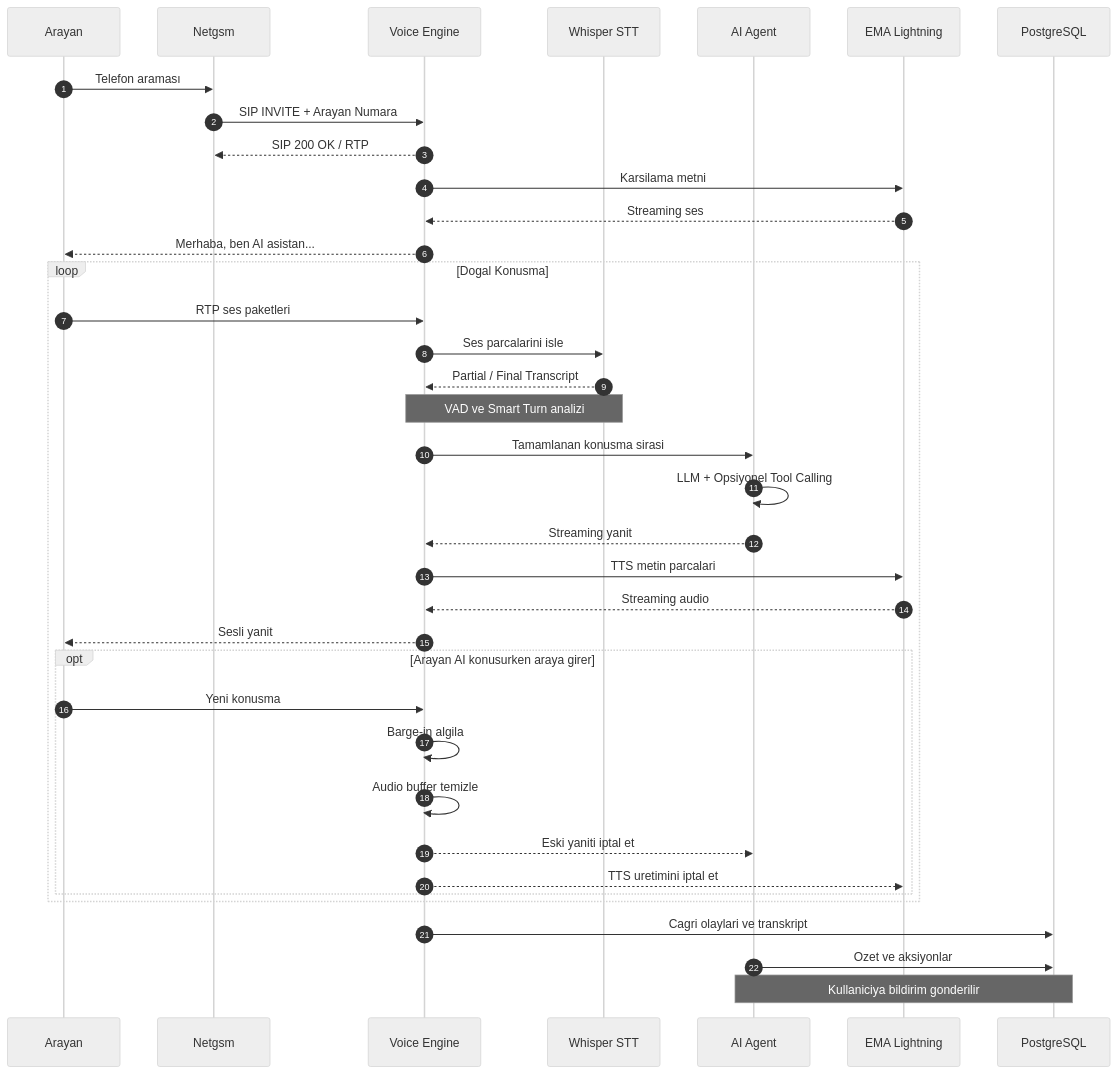
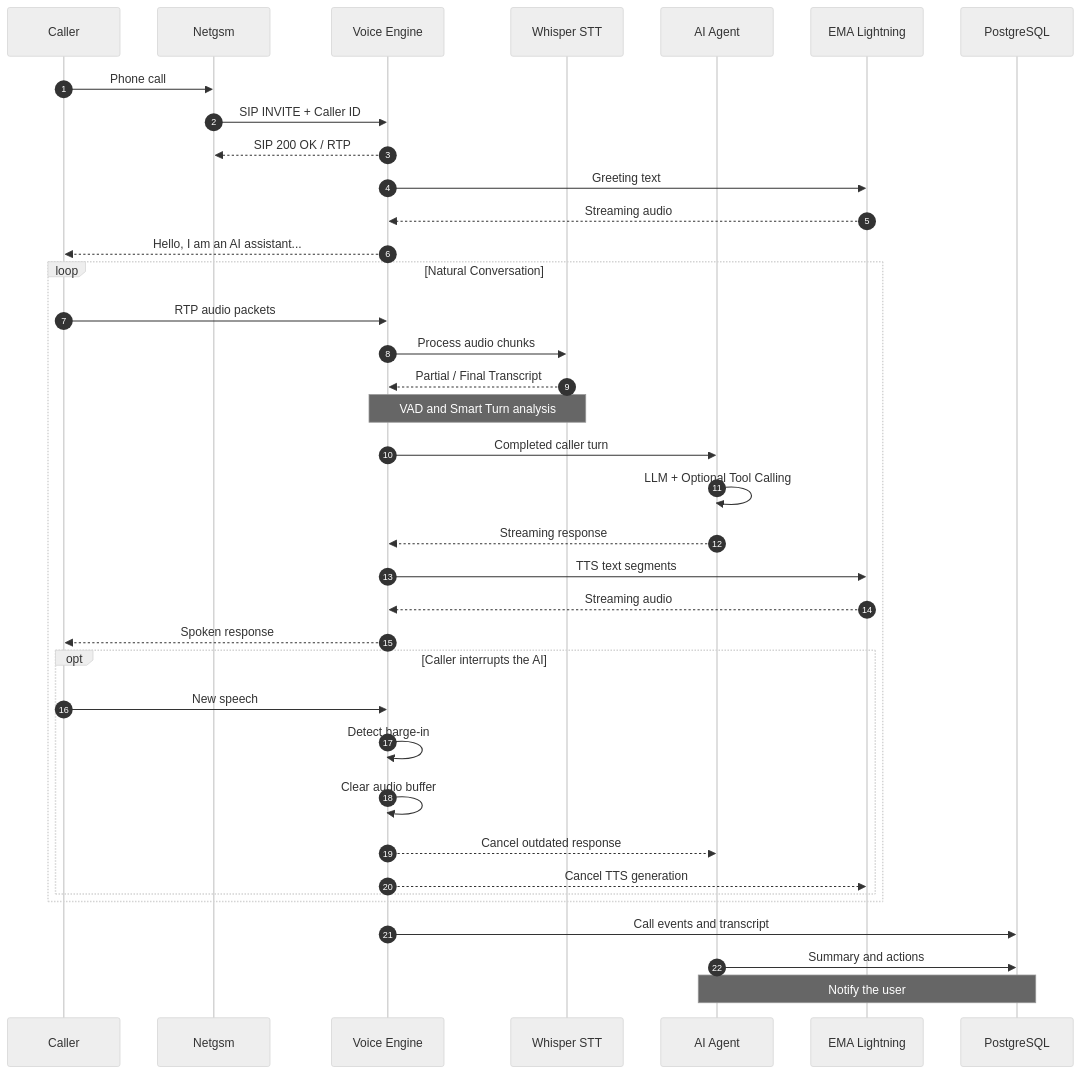
Before and after one commit to burhancetinkaya/alojan: the second of 3 diagrams in README.md, drawn with Mermaid (neutral theme). The commit also changed other lines of this file, not shown here.

Commit message:
docs: translate README into English and generalize diagram labels

````diff
--- a/README.md
+++ b/README.md
@@ -195,49 +194,49 @@
 ```mermaid
 sequenceDiagram
     autonumber
 
-    participant C as Arayan
+    participant C as Caller
     participant N as Netgsm
     participant V as Voice Engine
     participant S as Whisper STT
     participant A as AI Agent
     participant T as EMA Lightning
     participant DB as PostgreSQL
 
-    C->>N: Telefon araması
-    N->>V: SIP INVITE + Arayan Numara
+    C->>N: Phone call
+    N->>V: SIP INVITE + Caller ID
     V-->>N: SIP 200 OK / RTP
 
-    V->>T: Karsilama metni
-    T-->>V: Streaming ses
-    V-->>C: Merhaba, ben AI asistan...
+    V->>T: Greeting text
+    T-->>V: Streaming audio
+    V-->>C: Hello, I am an AI assistant...
 
-    loop Dogal Konusma
-        C->>V: RTP ses paketleri
-        V->>S: Ses parcalarini isle
+    loop Natural Conversation
+        C->>V: RTP audio packets
+        V->>S: Process audio chunks
         S-->>V: Partial / Final Transcript
 
-        Note over V,S: VAD ve Smart Turn analizi
+        Note over V,S: VAD and Smart Turn analysis
 
-        V->>A: Tamamlanan konusma sirasi
-        A->>A: LLM + Opsiyonel Tool Calling
-        A-->>V: Streaming yanit
+        V->>A: Completed caller turn
+        A->>A: LLM + Optional Tool Calling
+        A-->>V: Streaming response
 
-        V->>T: TTS metin parcalari
+        V->>T: TTS text segments
         T-->>V: Streaming audio
-        V-->>C: Sesli yanit
+        V-->>C: Spoken response
 
-        opt Arayan AI konusurken araya girer
-            C->>V: Yeni konusma
-            V->>V: Barge-in algila
-            V->>V: Audio buffer temizle
-            V-->>A: Eski yaniti iptal et
-            V-->>T: TTS uretimini iptal et
+        opt Caller interrupts the AI
+            C->>V: New speech
+            V->>V: Detect barge-in
+            V->>V: Clear audio buffer
+            V-->>A: Cancel outdated response
+            V-->>T: Cancel TTS generation
         end
     end
 
-    V->>DB: Cagri olaylari ve transkript
-    A->>DB: Ozet ve aksiyonlar
+    V->>DB: Call events and transcript
+    A->>DB: Summary and actions
 
-    Note over A,DB: Kullaniciya bildirim gonderilir
+    Note over A,DB: Notify the user
 ```
````
